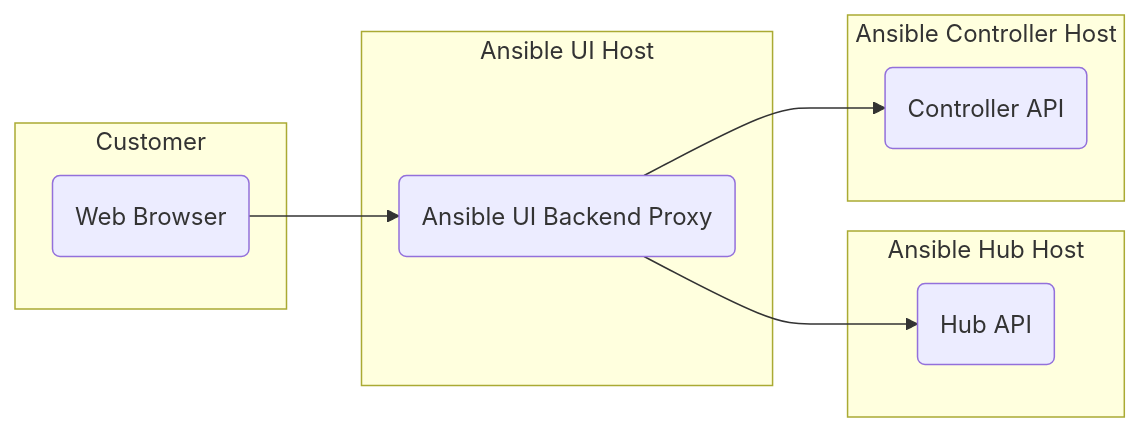
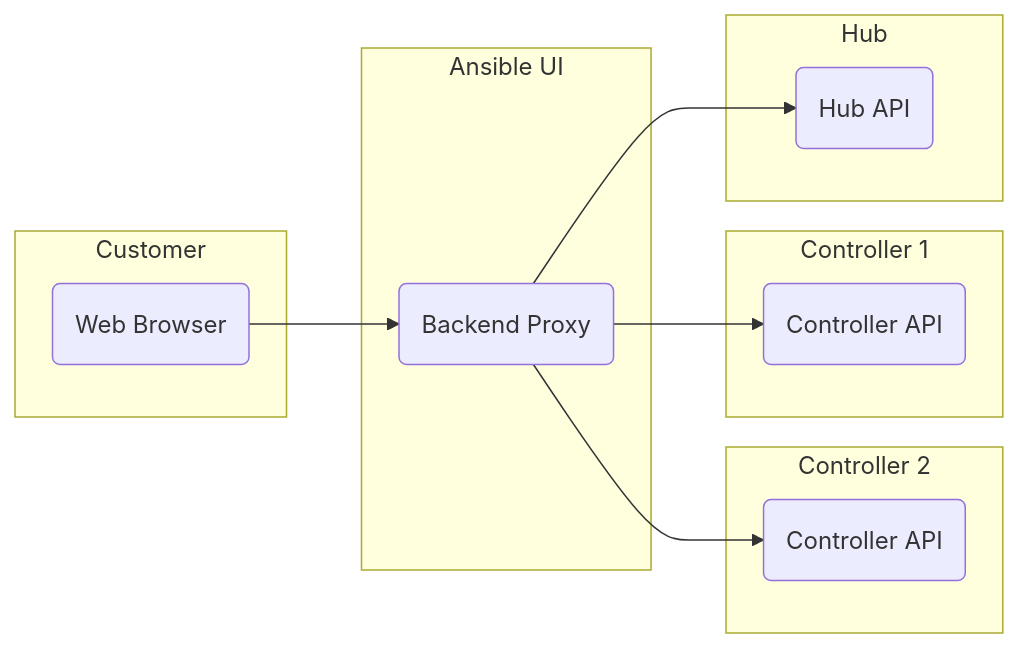
One commit to ansible/ansible-ui changed the diagram in docs/DEVELOPMENT.md. Above: the diagram before and after it, drawn with Mermaid.

Commit message:
update development documentation

````diff
--- a/docs/DEVELOPMENT.md
+++ b/docs/DEVELOPMENT.md
@@ -24,20 +24,22 @@
 ```mermaid
 graph LR
     subgraph Customer
     browser(Web Browser)
     end
 
-    subgraph Ansible UI Host
-    browser-->backend
+    subgraph Ansible UI
+    browser-->backend(Backend Proxy)
     end
 
-    
-    subgraph Ansible Hub Host
+    subgraph Controller 2
+    backend-->controller2(Controller API)
+    end
+
+    subgraph Controller 1
+    backend-->controller1(Controller API)
+    end
+
+    subgraph Hub
     backend-->hub(Hub API)
     end
-
-    subgraph Ansible Controller Host
-    backend(Ansible UI Backend Proxy)-->controller(Controller API)
-    end
-    
 ```
````
